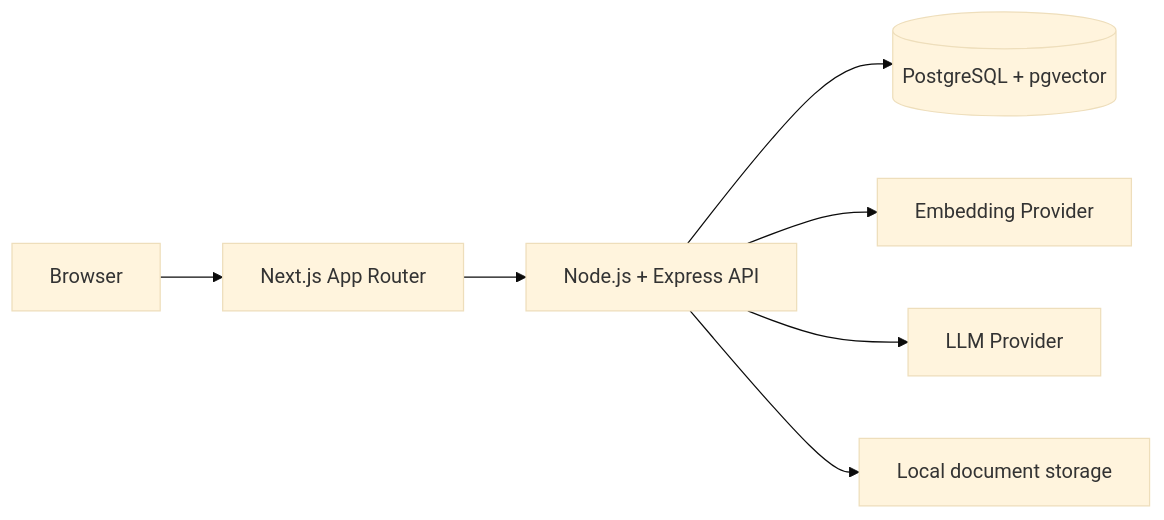
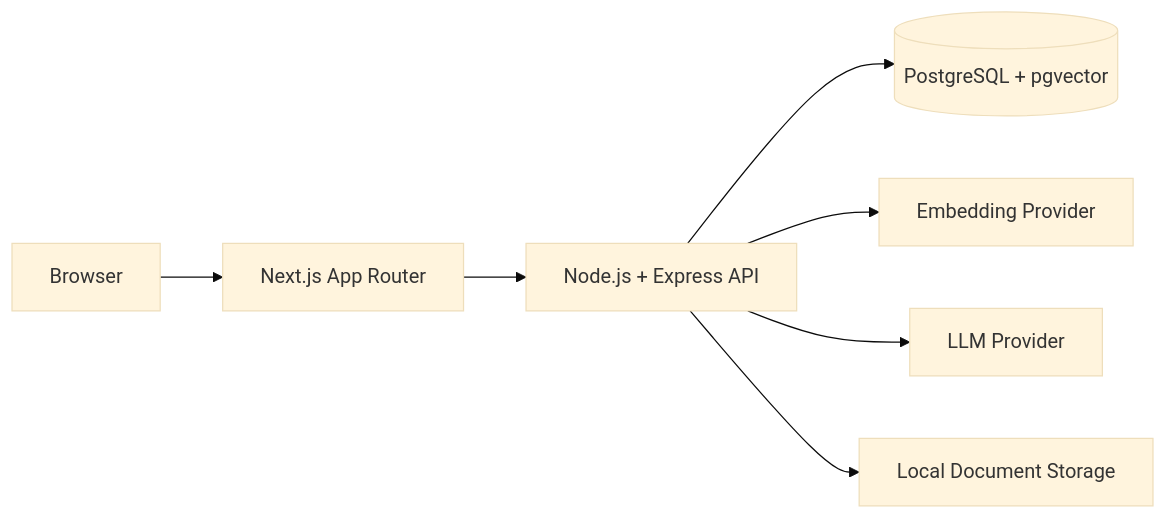
The diagram in README.md (mariashadas-debug/knowledgeFlowAi), drawn with Mermaid (base theme) before and after one commit. The commit also changed other lines of this file and 14 other files, not shown here.

````diff
--- a/README.md
+++ b/README.md
@@ -35,9 +32,9 @@
 ```mermaid
 flowchart LR
   B[Browser] --> W[Next.js App Router]
   W --> A[Node.js + Express API]
   A --> P[(PostgreSQL + pgvector)]
   A --> E[Embedding Provider]
   A --> L[LLM Provider]
-  A --> F[Local document storage]
+  A --> F[Local Document Storage]
 ```
````
